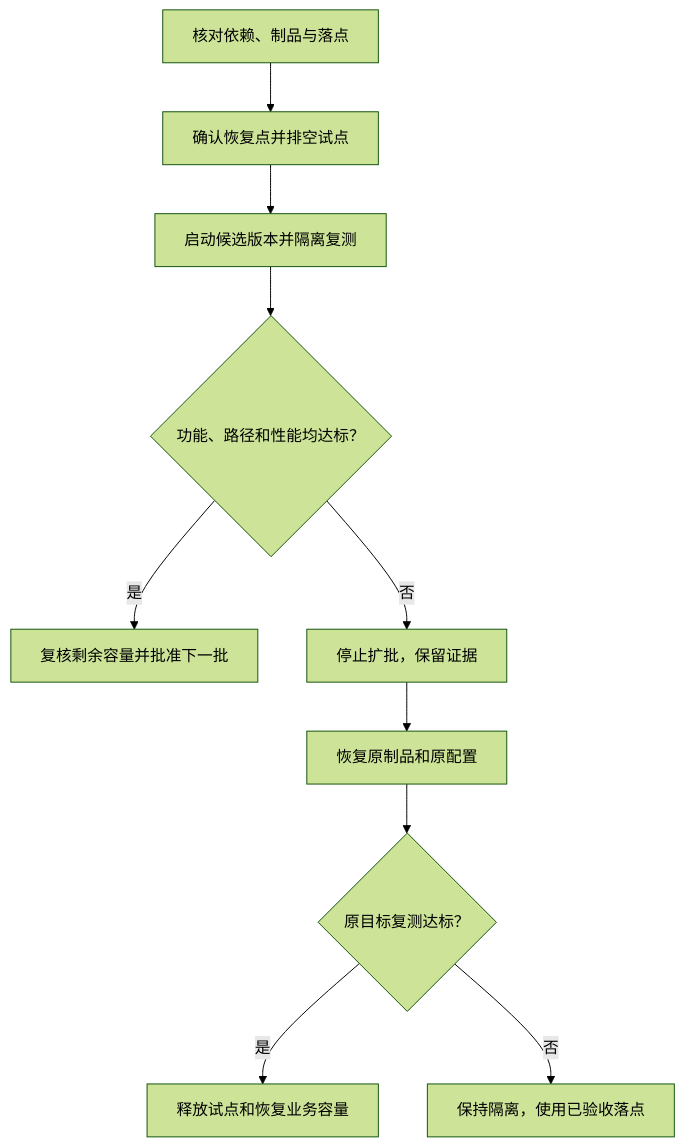
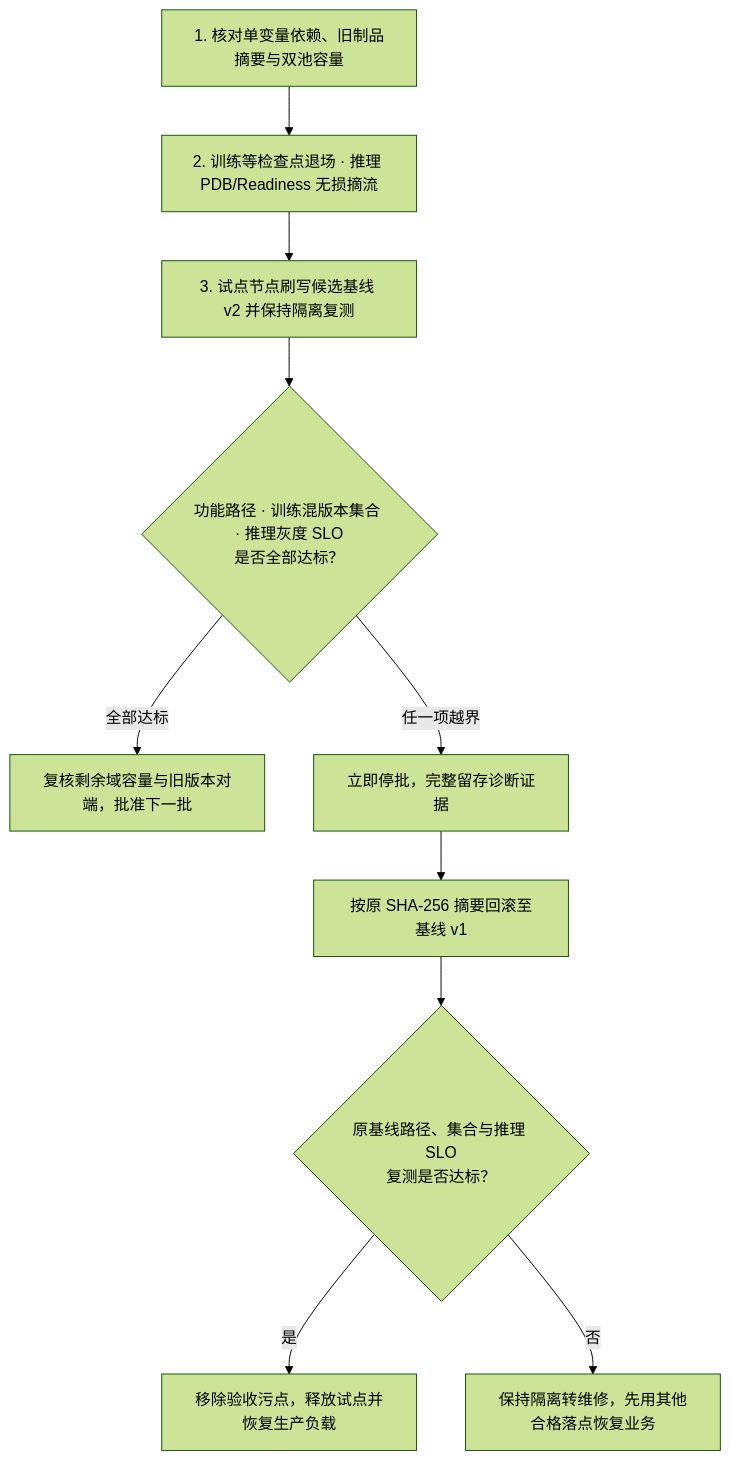
Before and after one commit to realtyz/ops-manual: the diagram in AI-Infra/19_节点交付、版本变更与集群持续运行/06_版本升级的排空、试点与回滚.md, drawn with Mermaid (forest theme). The commit also changed other lines of this file and 194 other files, not shown here.

````diff
--- a/AI-Infra/19_节点交付、版本变更与集群持续运行/06_版本升级的排空、试点与回滚.md
+++ b/AI-Infra/19_节点交付、版本变更与集群持续运行/06_版本升级的排空、试点与回滚.md
@@ -51,12 +138,13 @@
 ```mermaid
 flowchart TD
-    P["核对依赖、制品与落点"] --> D["确认恢复点并排空试点"]
-    D --> C["启动候选版本并隔离复测"]
-    C --> Q{"功能、路径和性能均达标？"}
-    Q -->|是| A["复核剩余容量并批准下一批"]
-    Q -->|否| S["停止扩批，保留证据"]
-    S --> R["恢复原制品和原配置"]
-    R --> V{"原目标复测达标？"}
-    V -->|是| N["释放试点和恢复业务容量"]
-    V -->|否| I["保持隔离，使用已验收落点"]
+    accDescr: 版本升级的试点决策与回滚闭环流程图，从核对制品与容量落点出发，经训练检查点退场与推理无损摘流后在隔离区升级试点节点，用功能、训练混版本集合与推理灰度 SLO 三重门禁裁定：全部达标则复核容量后扩批，任一越界则立即停批留证、按原摘要回滚并复测原基线，复测通过后恢复容量，失败则维持隔离。
+    P["1. 核对单变量依赖、旧制品摘要与双池容量"] --> D["2. 训练等检查点退场 · 推理 PDB/Readiness 无损摘流"]
+    D --> C["3. 试点节点刷写候选基线 v2 并保持隔离复测"]
+    C --> Q{"功能路径 · 训练混版本集合 · 推理灰度 SLO<br/>是否全部达标？"}
+    Q -->|"全部达标"| A["复核剩余域容量与旧版本对端，批准下一批"]
+    Q -->|"任一项越界"| S["立即停批，完整留存诊断证据"]
+    S --> R["按原 SHA-256 摘要回滚至基线 v1"]
+    R --> V{"原基线路径、集合与推理 SLO<br/>复测是否达标？"}
+    V -->|"是"| N["移除验收污点，释放试点并恢复生产负载"]
+    V -->|"否"| I["保持隔离转维修，先用其他合格落点恢复业务"]
 ```
````
